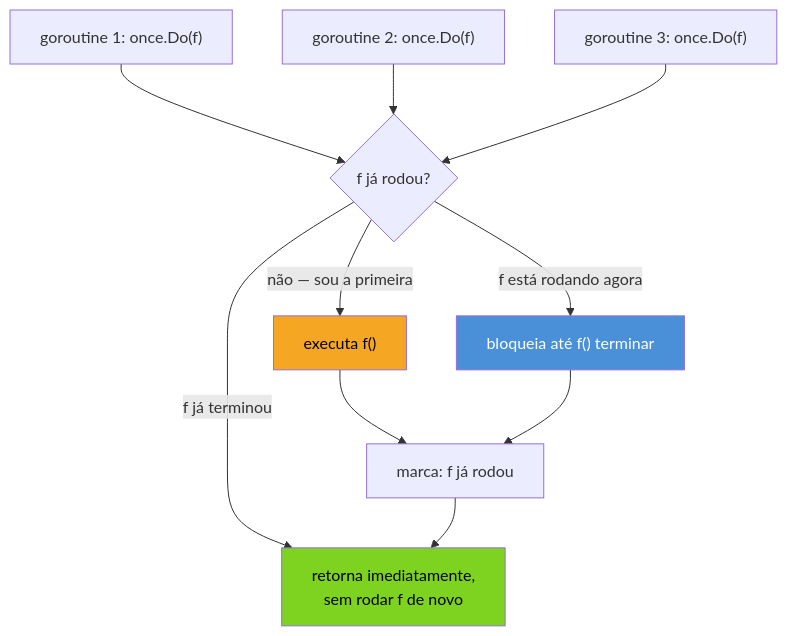
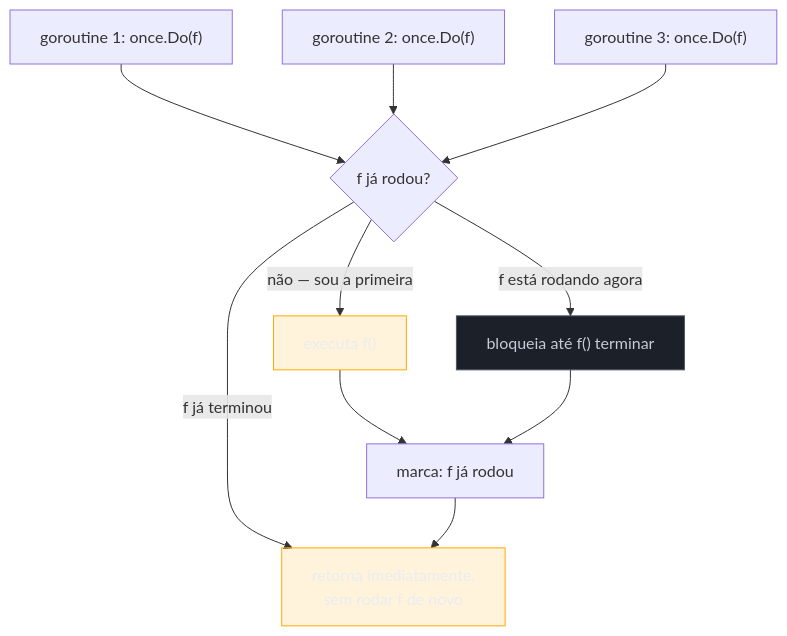
The second of 2 diagrams in 03-Dominios/Tecnologia/Go/09 - Sincronização e context/03 - WaitGroup e Once.md (josenaldo/codex-technomanticus), drawn with Mermaid before and after one commit. The commit also changed 1181 other files, not shown here.

First line of the commit message:
fix(diagramas): paleta do sistema no lugar de cor cravada no markdown

````diff
--- a/03-Dominios/Tecnologia/Go/09 - Sincronização e context/03 - WaitGroup e Once.md
+++ b/03-Dominios/Tecnologia/Go/09 - Sincronização e context/03 - WaitGroup e Once.md
@@ -126,18 +126,20 @@
 ```mermaid
 flowchart TB
+    classDef destaque fill:#FFAA0024,stroke:#FFAA00,color:#E9ECF2
+    classDef neutro fill:#1B2029,stroke:#4E5666,color:#C6CCD8
     A["goroutine 1: once.Do(f)"] --> B{"f já rodou?"}
     C["goroutine 2: once.Do(f)"] --> B
     D["goroutine 3: once.Do(f)"] --> B
 
     B -->|"não — sou a primeira"| E["executa f()"]
     B -->|"f está rodando agora"| F["bloqueia até f() terminar"]
     B -->|"f já terminou"| G["retorna imediatamente,\nsem rodar f de novo"]
 
     E --> H["marca: f já rodou"]
     F --> H
     H --> G
 
-    style E fill:#F5A623,color:#000
-    style F fill:#4A90D9,color:#fff
-    style G fill:#7ED321,color:#000
+    class E destaque
+    class F neutro
+    class G destaque
 ```
````
